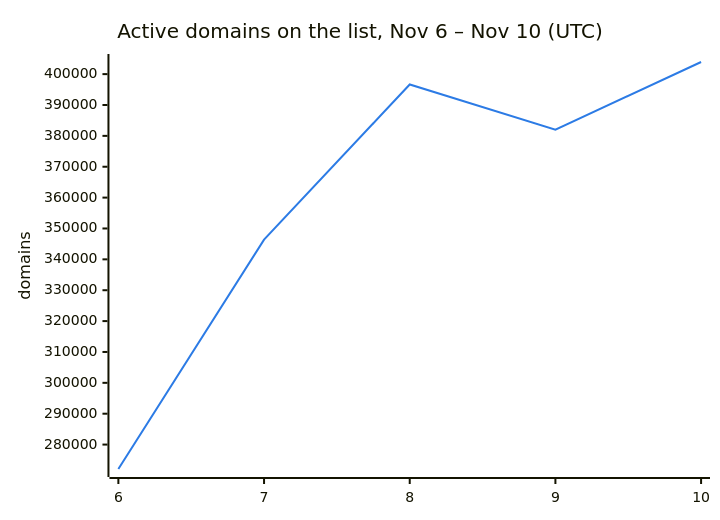
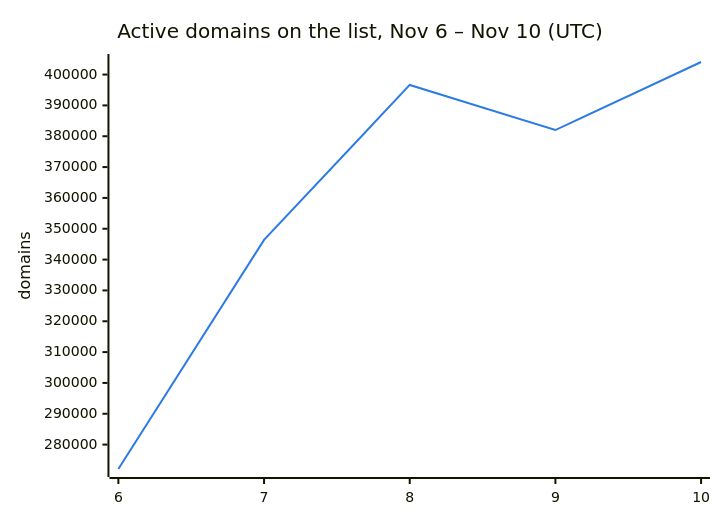
The second of 3 diagrams in README.md (DNSBunker/CTI), drawn with Mermaid before and after one commit. The commit also changed other lines of this file and 3 other files, not shown here.

````diff
--- a/README.md
+++ b/README.md
@@ -38,8 +38,8 @@
 ```mermaid
 %%{init: {"themeVariables": {"xyChart": {"plotColorPalette": "#2c7be5"}}}}%%
 xychart-beta
     title "Active domains on the list, Nov 6 – Nov 10 (UTC)"
     x-axis ["6", "7", "8", "9", "10"]
     y-axis "domains"
-    line [272088, 346388, 396638, 382009, 403927]
+    line [272088, 346388, 396638, 382009, 404077]
 ```
````
